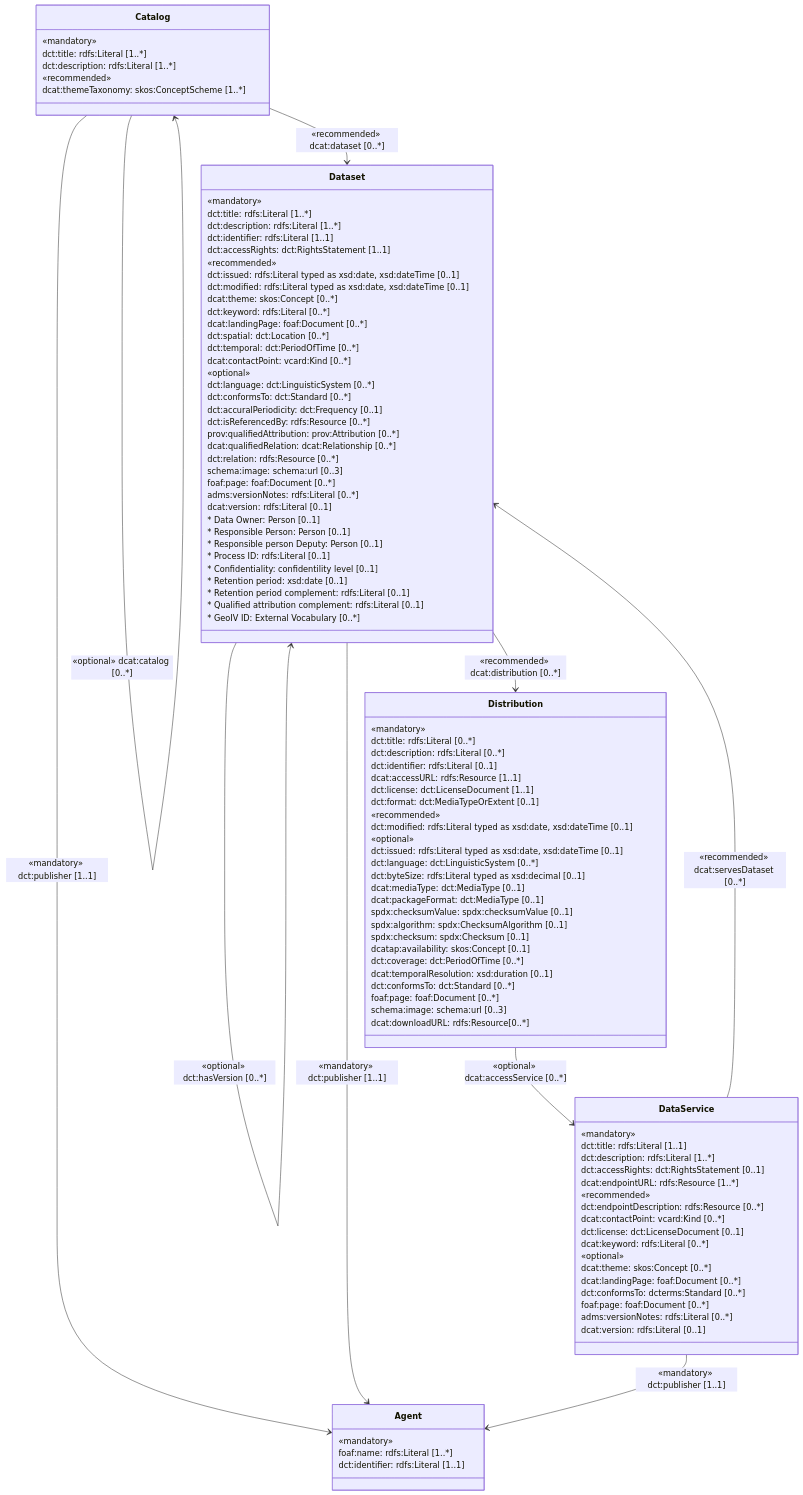
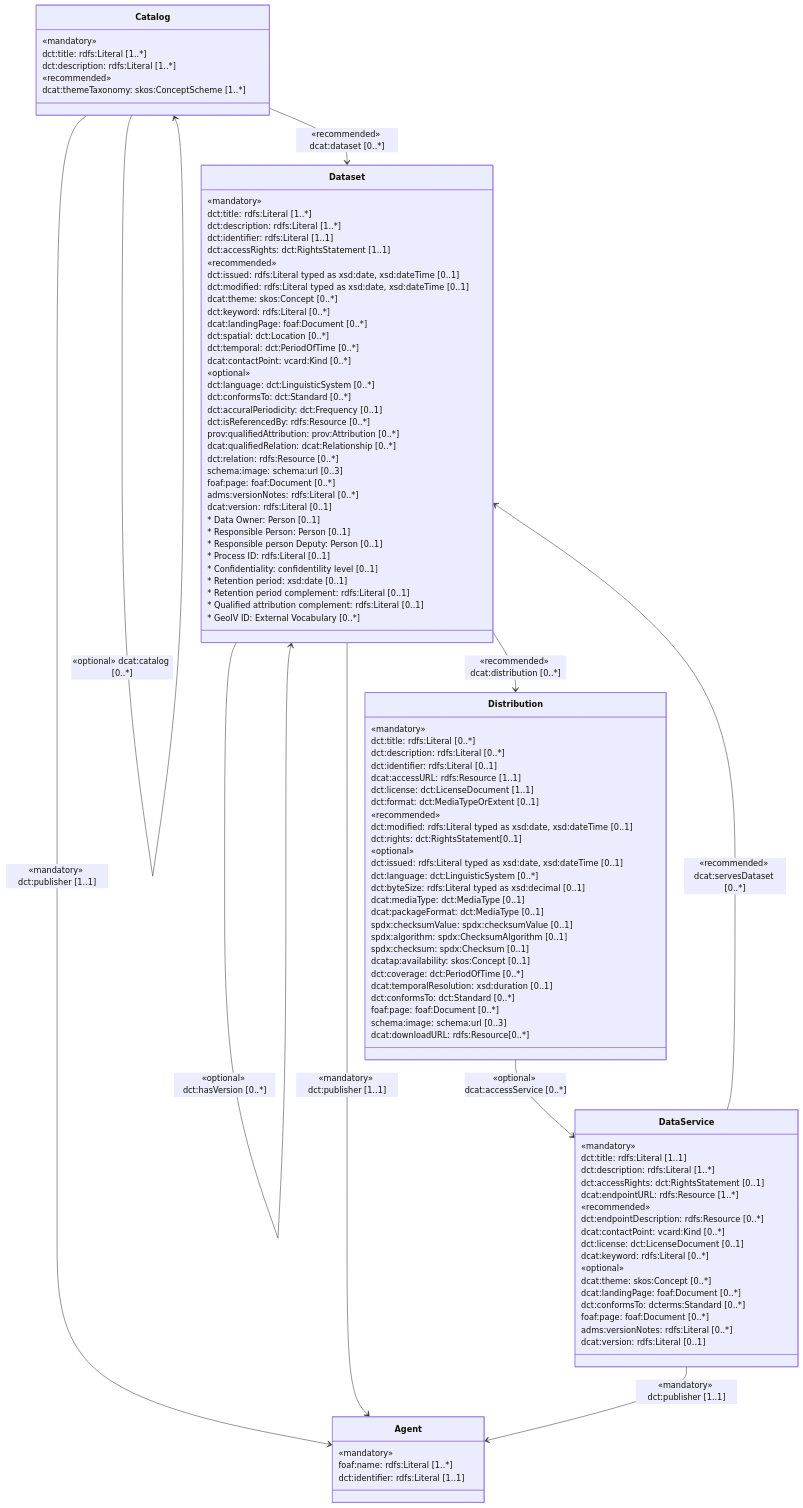
Before and after one commit to I14Y-ch/handbook: the fifth of 5 diagrams in content/de/2_rollen_prozesse/3_informationsmodell.md, drawn with Mermaid. The commit also changed 1 other file, not shown here.

Commit message:
added dct:rights in distribution

```diff
--- a/content/de/2_rollen_prozesse/3_informationsmodell.md
+++ b/content/de/2_rollen_prozesse/3_informationsmodell.md
@@ -391,7 +391,8 @@
         «recommended»
         
         dct:modified: rdfs:Literal typed as xsd:date, xsd:dateTime [0..1]
-      
+        dct:rights: dct:RightsStatement[0..1]
+        
         «optional»
        
         dct:issued: rdfs:Literal typed as xsd:date, xsd:dateTime [0..1]
```
